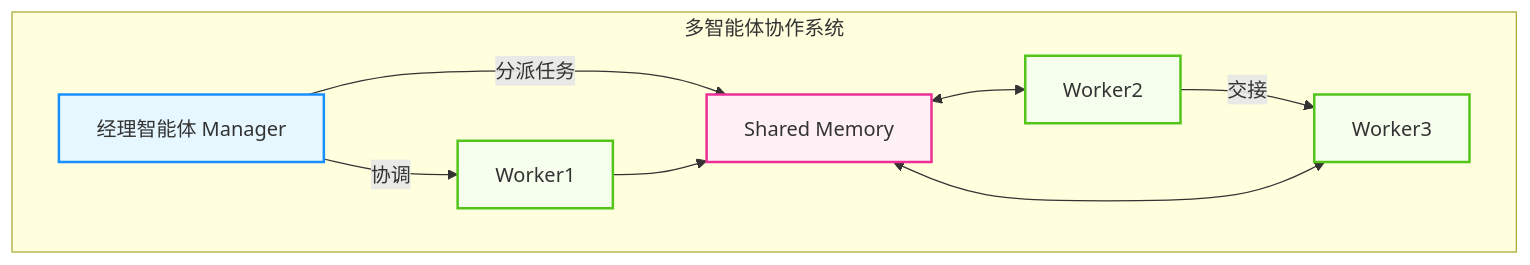
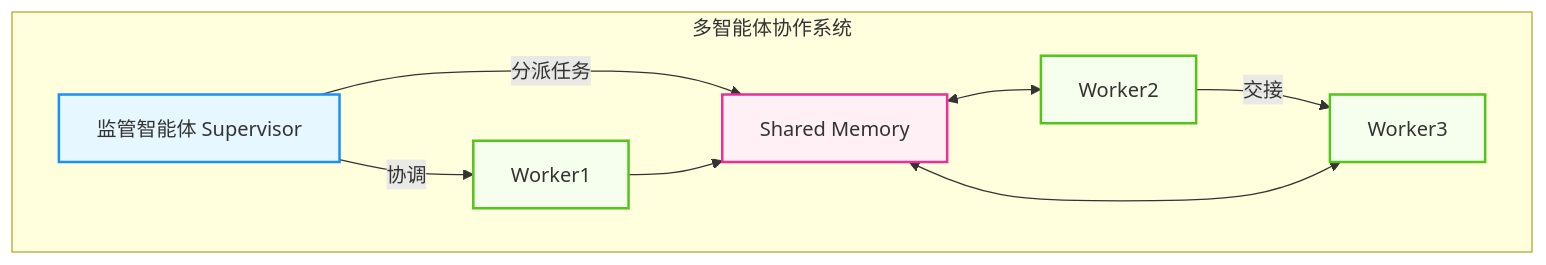
Before and after one commit to yeasy/agentic_ai_guide: the diagram in 05_collaboration/README.md, drawn with Mermaid. The commit also changed 5 other files, not shown here.

````diff
--- a/05_collaboration/README.md
+++ b/05_collaboration/README.md
@@ -23,22 +23,22 @@
 ```mermaid
 graph TD
     %% Agentic Design System
     classDef agent fill:#e6f7ff,stroke:#1890ff,stroke-width:2px;
     classDef tool fill:#f6ffed,stroke:#52c41a,stroke-width:2px;
     classDef memory fill:#fff0f6,stroke:#eb2f96,stroke-width:2px;
 
     subgraph MAS [多智能体协作系统]
-        Manager[经理智能体 Manager] -->|协调| W1[Worker1]
-        Manager -->|分派任务| Memory[Shared Memory]
+        Supervisor[监管智能体 Supervisor] -->|协调| W1[Worker1]
+        Supervisor -->|分派任务| Memory[Shared Memory]
         
         W1 --> Memory
         W2[Worker2] -->|交接| W3[Worker3]
         
         Memory <--> W2
         Memory <--> W3
     end
     
-    class Manager agent;
+    class Supervisor agent;
     class W1,W2,W3 tool;
     class Memory memory;
 ```
````
